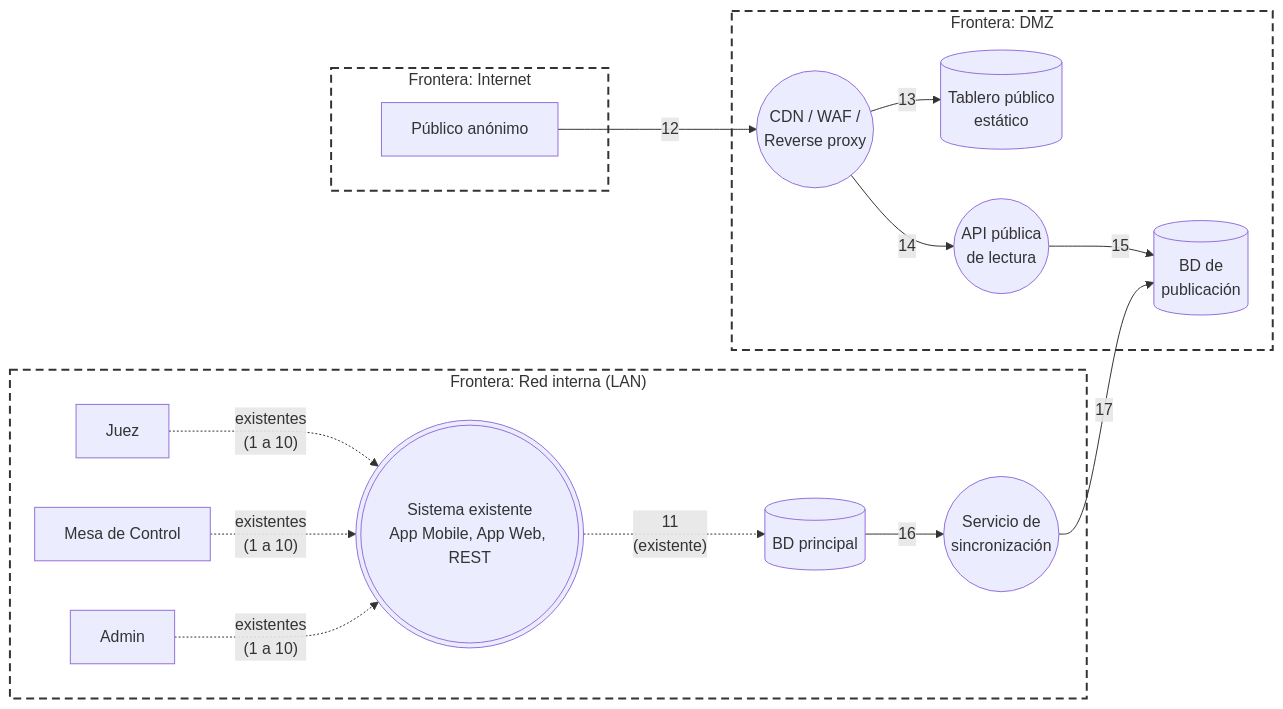
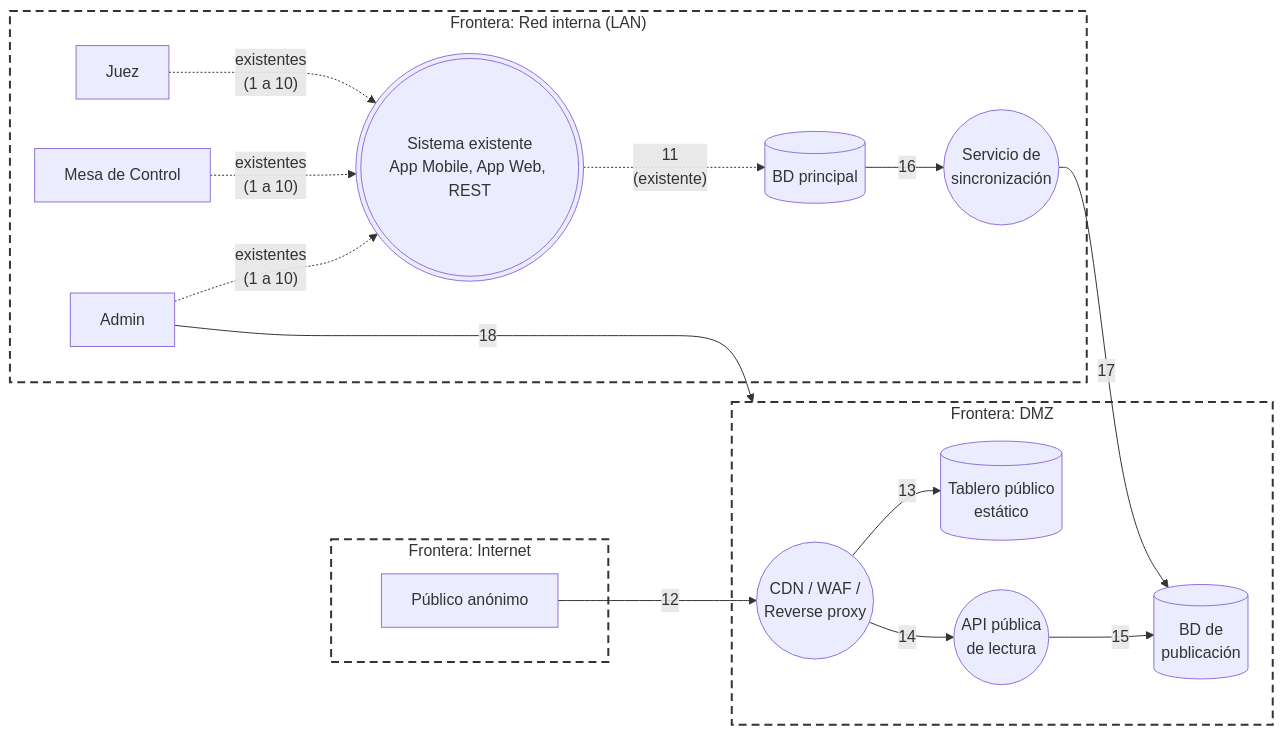
Before and after one commit to valentina-blanco/practico5-dssw: the second of 2 diagrams in README.md, drawn with Mermaid. The commit also changed other lines of this file, not shown here.

````diff
--- a/README.md
+++ b/README.md
@@ -244,38 +247,39 @@
 ```mermaid
 flowchart LR
     subgraph INET["Frontera: Internet"]
         publico["Público anónimo"]
     end
 
     subgraph DMZ["Frontera: DMZ"]
         cdn(("CDN / WAF /<br/>Reverse proxy"))
         spa[("Tablero público<br/>estático")]
         apipub(("API pública<br/>de lectura"))
         bdpub[("BD de<br/>publicación")]
     end
 
     subgraph LAN["Frontera: Red interna (LAN)"]
         juez["Juez"]
         mesa["Mesa de Control"]
         admin["Admin"]
         sistema((("Sistema existente<br/>App Mobile, App Web, REST")))
         bd[("BD principal")]
         sync(("Servicio de<br/>sincronización"))
     end
 
     publico -->|"12"| cdn
     cdn -->|"13"| spa
     cdn -->|"14"| apipub
     apipub -->|"15"| bdpub
     bd -->|"16"| sync
     sync -->|"17"| bdpub
+    admin -->|"18"| DMZ
 
     juez -.->|"existentes<br/>(1 a 10)"| sistema
     mesa -.->|"existentes<br/>(1 a 10)"| sistema
     admin -.->|"existentes<br/>(1 a 10)"| sistema
     sistema -.->|"11<br/>(existente)"| bd
 
     style INET fill:#ffffff,stroke:#333333,stroke-width:2px,stroke-dasharray:8 5
     style DMZ fill:#ffffff,stroke:#333333,stroke-width:2px,stroke-dasharray:8 5
     style LAN fill:#ffffff,stroke:#333333,stroke-width:2px,stroke-dasharray:8 5
 ```
````
